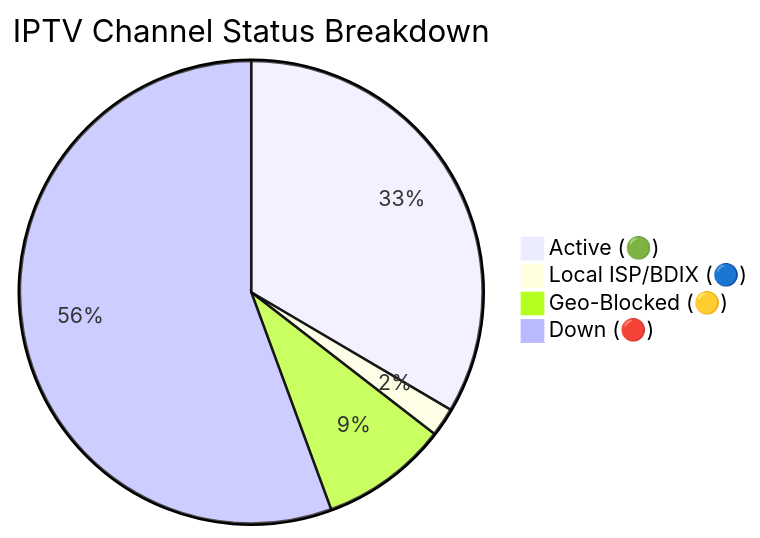
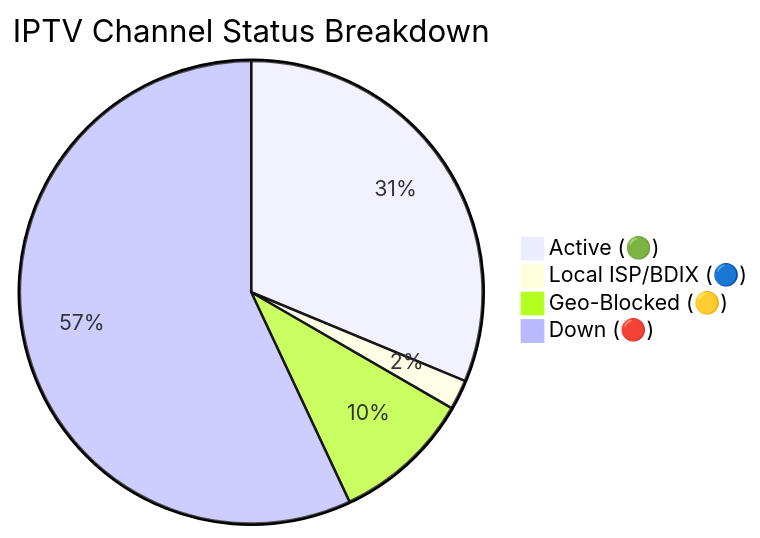
Before and after one commit to andreataylord/Ip-tv-Collection: the diagram in README.md, drawn with Mermaid. The commit also changed other lines of this file and 3 other files, not shown here.

````diff
--- a/README.md
+++ b/README.md
@@ -59,7 +59,7 @@
 ```mermaid
 pie title IPTV Channel Status Breakdown
-    "Active (🟢)" : 2580
-    "Local ISP/BDIX (🔵)" : 154
-    "Geo-Blocked (🟡)" : 687
-    "Down (🔴)" : 4286
+    "Active (🟢)" : 2324
+    "Local ISP/BDIX (🔵)" : 155
+    "Geo-Blocked (🟡)" : 719
+    "Down (🔴)" : 4236
 ```
````
